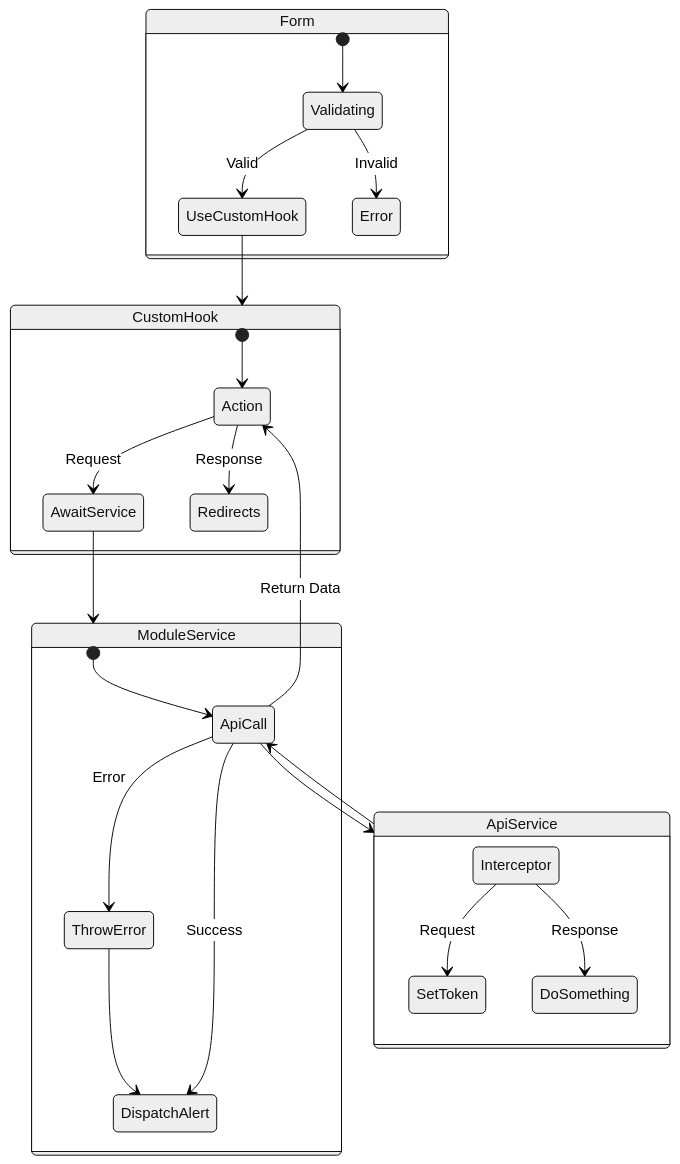
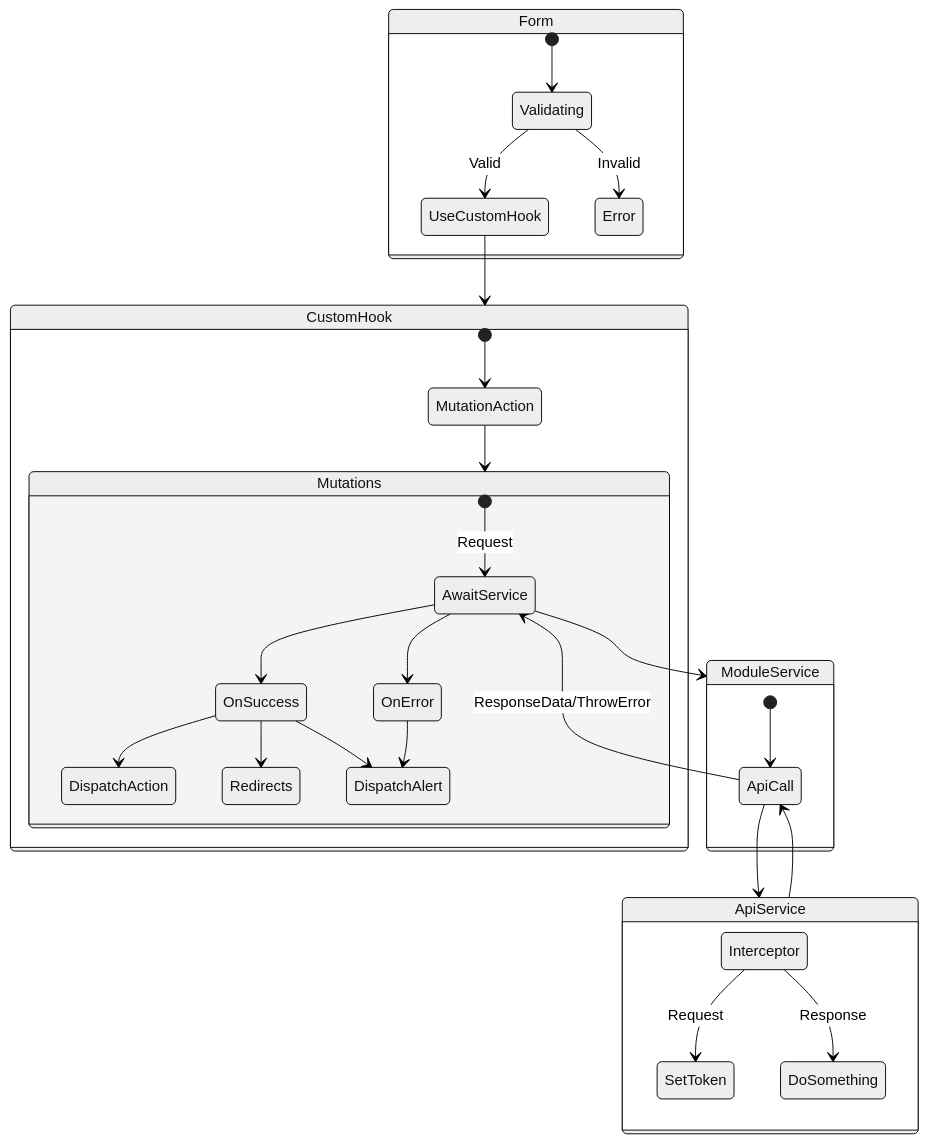
The third of 10 diagrams in system_design.md (Vestigialmars5/TMS-Project), drawn with Mermaid (neutral theme) before and after one commit.

Commit message:
Update system_design

````diff
--- a/system_design.md
+++ b/system_design.md
@@ -1652,28 +1652,33 @@
 ```mermaid
 stateDiagram-v2
     state Form {
         [*] --> Validating
         Validating --> UseCustomHook : Valid
         Validating --> Error : Invalid
     }
     UseCustomHook --> CustomHook
     state CustomHook {
-        [*] --> Action
-        Action --> AwaitService : Request
-        Action --> Redirects : Response
+        [*] --> MutationAction
+        MutationAction --> Mutations
+        state Mutations {
+            [*] --> AwaitService : Request
+            AwaitService --> OnSuccess
+            OnSuccess --> DispatchAction
+            OnSuccess --> Redirects
+            OnSuccess --> DispatchAlert
+            AwaitService --> OnError
+            OnError --> DispatchAlert
+        }
     }
     AwaitService --> ModuleService
     state ModuleService {
         [*] --> ApiCall
-        ApiCall --> ThrowError : Error
-        ThrowError --> DispatchAlert
-        ApiCall --> DispatchAlert : Success
     }
     ApiCall --> ApiService
     ApiService --> ApiCall
     state ApiService {
         Interceptor --> SetToken : Request
         Interceptor --> DoSomething : Response
     }
-    ApiCall --> Action : Return Data
+    ApiCall --> AwaitService : ResponseData/ThrowError
 ```
````
